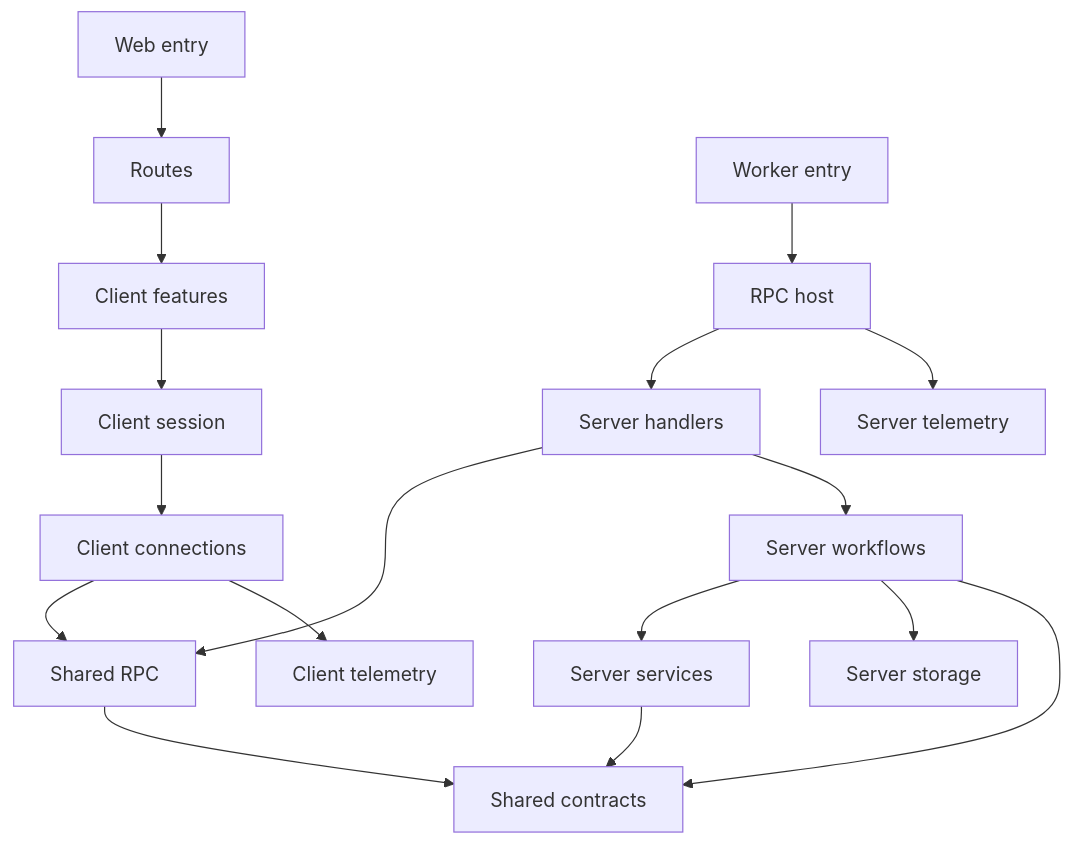
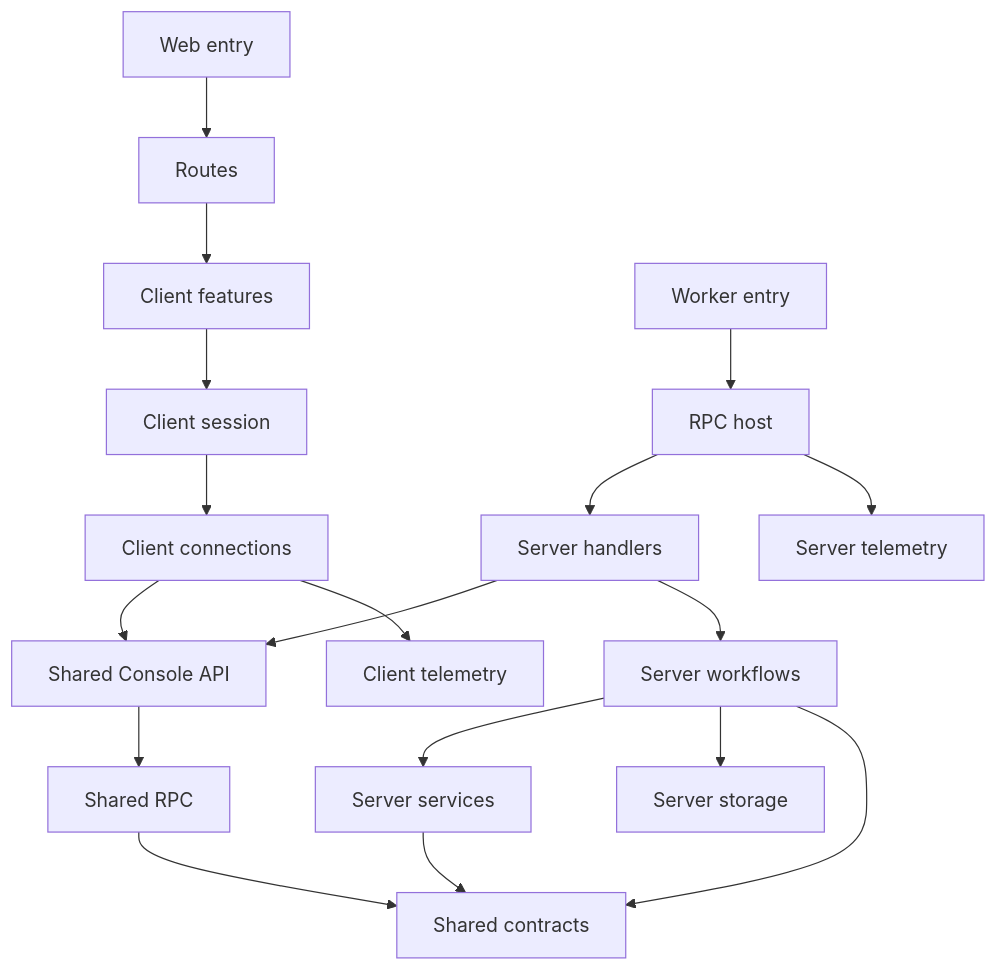
Before and after one commit to pkishorez/monorepo: the diagram in apps/alchemy-console/ARCHITECTURE.md, drawn with Mermaid. The commit also changed other lines of this file and 118 other files, not shown here.

````diff
--- a/apps/alchemy-console/ARCHITECTURE.md
+++ b/apps/alchemy-console/ARCHITECTURE.md
@@ -140,20 +195,21 @@
 ```mermaid
 flowchart TD
   web[Web entry] --> routes[Routes]
   routes --> features[Client features]
   features --> session[Client session]
   session --> connections[Client connections]
-  connections --> protocol[Shared RPC]
+  connections --> api[Shared Console API]
   connections --> ct[Client telemetry]
 
   worker[Worker entry] --> host[RPC host]
   host --> handlers[Server handlers]
   host --> st[Server telemetry]
-  handlers --> protocol
+  handlers --> api
   handlers --> workflows[Server workflows]
   workflows --> services[Server services]
   workflows --> storage[Server storage]
   workflows --> contracts[Shared contracts]
   services --> contracts
+  api --> protocol[Shared RPC]
   protocol --> contracts
 ```
````
